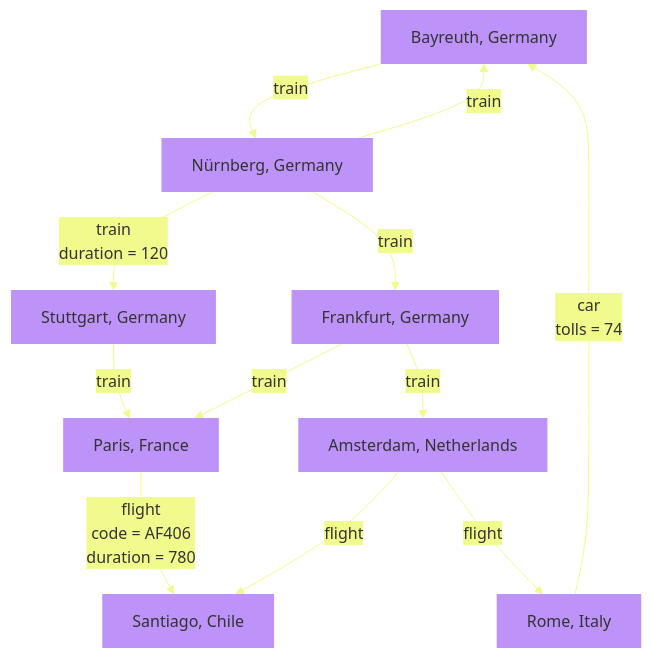
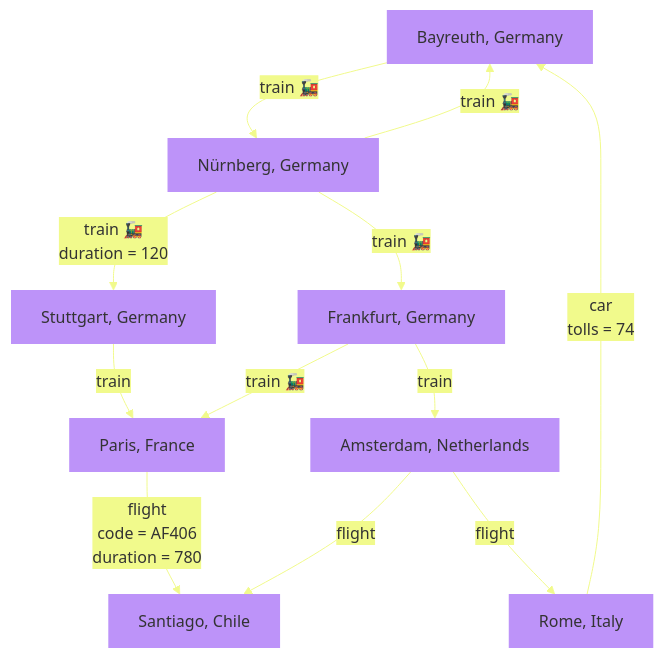
The diagram in docs/querying/for.mdx (saqib-ali/docs), drawn with Mermaid before and after one commit.

Commit message:
Documentation edits made through Mintlify web editor

````diff
--- a/docs/querying/for.mdx
+++ b/docs/querying/for.mdx
@@ -5,28 +5,28 @@
 ```mermaid
 %%{init: {'theme':'base', 'themeVariables': {'lineColor':'#F1FA8C','secondaryColor':'#F1FA8C','background':'#282A36'}}}%%
 graph TB
     n1[Bayreuth, Germany]
     n2[Nürnberg, Germany]
     n3[Stuttgart, Germany]
     n4[Frankfurt, Germany]
     n5[Paris, France]
     n6[Amsterdam, Netherlands]
     n7[Rome, Italy]
     n8[Santiago, Chile]
-    n1 -->|train| n2
-    n2 -->|train| n1
-    n2 -->|train <br/>duration = 120| n3
-    n2 -->|train| n4
-    n4 -->|train| n5
+    n1 -->|train 🚂| n2
+    n2 -->|train 🚂| n1
+    n2 -->|train 🚂 <br/>duration = 120| n3
+    n2 -->|train 🚂| n4
+    n4 -->|train 🚂| n5
     n3 -->|train| n5
     n5 -->|flight<br/>code = AF406<br/>duration = 780| n8
     n6 -->|flight| n8
     n6 -->|flight| n7
     n7 -->|car<br/>tolls = 74| n1
     n4 -->|train| n6
 
 
     classDef cityNode fill:#BD93F9,stroke-width:0px
     class n1,n2,n3,n4,n5,n6,n7,n8 cityNode
     
 ```
````
